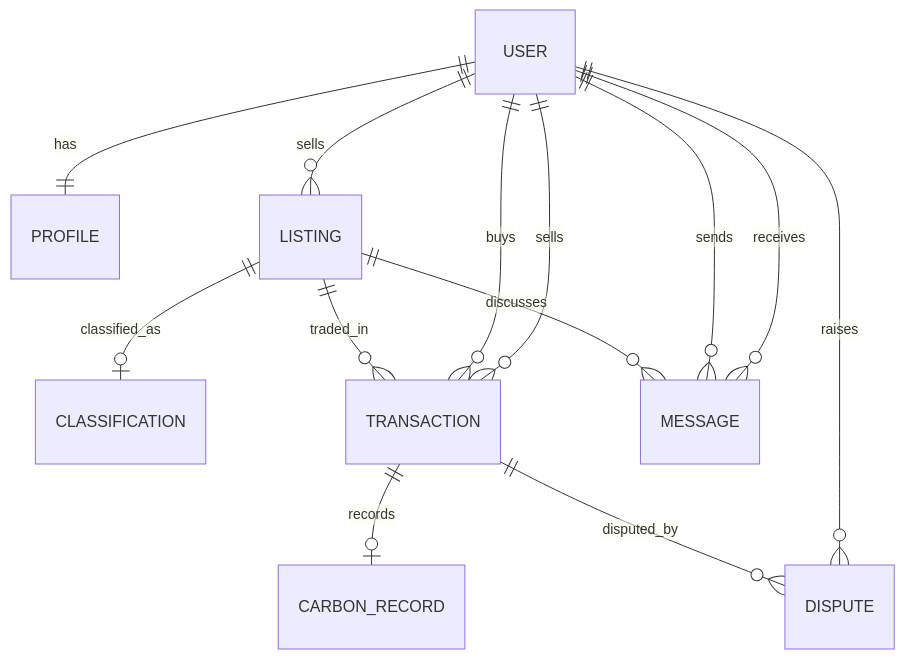
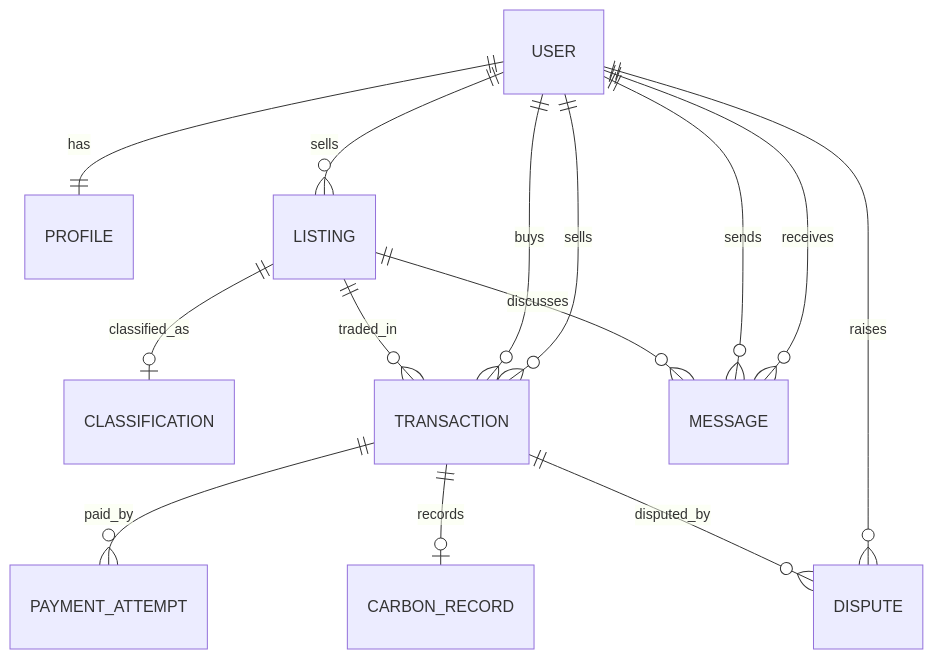
The second of 4 diagrams in docs/architecture.md (H3PHZY/CAPSTONE_PROJECT), drawn with Mermaid before and after one commit. The commit also changed other lines of this file and 29 other files, not shown here.

First line of the commit message:
fix: harden payment and API flows

````diff
--- a/docs/architecture.md
+++ b/docs/architecture.md
@@ -18,15 +18,16 @@
 ```mermaid
 erDiagram
   USER ||--|| PROFILE : has
   USER ||--o{ LISTING : sells
   LISTING ||--o| CLASSIFICATION : classified_as
   LISTING ||--o{ TRANSACTION : traded_in
+  TRANSACTION ||--o{ PAYMENT_ATTEMPT : paid_by
   USER ||--o{ TRANSACTION : buys
   USER ||--o{ TRANSACTION : sells
   TRANSACTION ||--o| CARBON_RECORD : records
   TRANSACTION ||--o{ DISPUTE : disputed_by
   USER ||--o{ DISPUTE : raises
   LISTING ||--o{ MESSAGE : discusses
   USER ||--o{ MESSAGE : sends
   USER ||--o{ MESSAGE : receives
 ```
````
